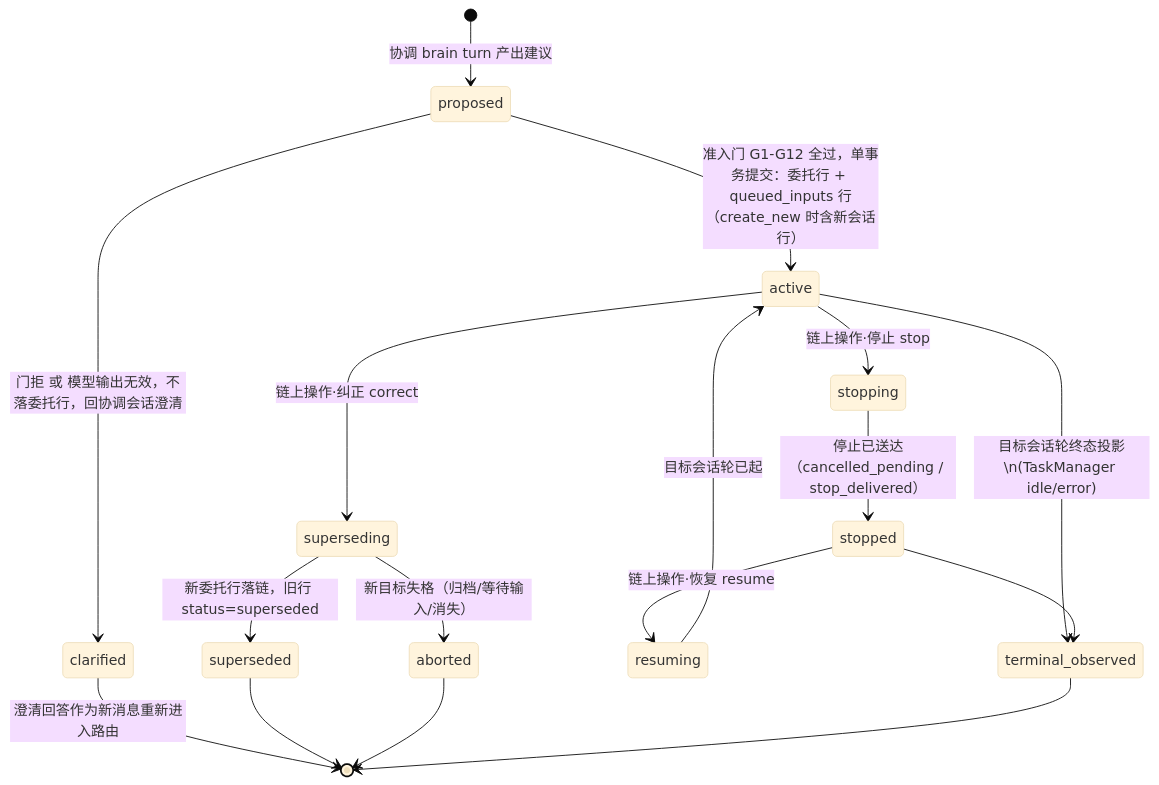
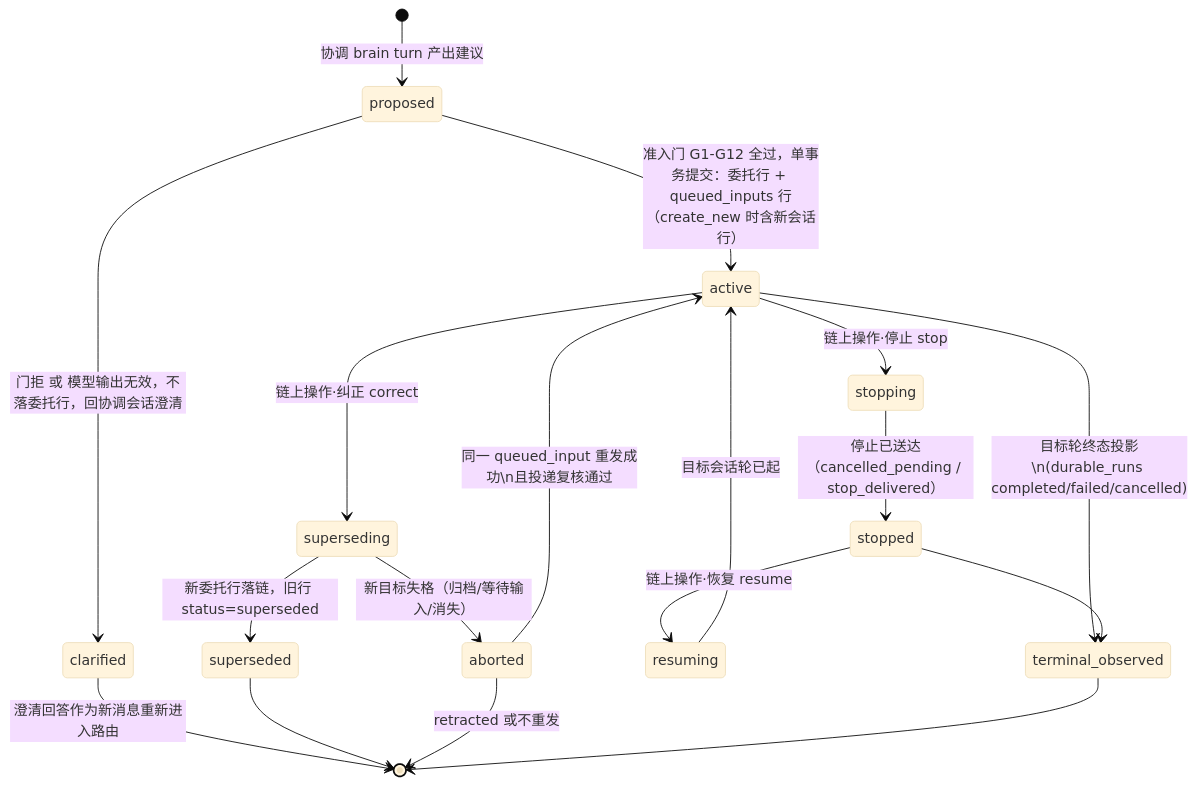
One commit to baochipham942-eng/code-agent changed the first of 3 diagrams in docs/architecture/decisions/ADR-072-cross-session-coordination.md. Above: the diagram before and after it, drawn with Mermaid (base theme). The commit also changed other lines of this file, not shown here.

Commit message:
docs(adr): ADR-072 R2 — real queued-input drain owner, delegation authority + recheck-at-delivery, durable_runs projection restored (N-WORKHUB-ADR)

````diff
--- a/docs/architecture/decisions/ADR-072-cross-session-coordination.md
+++ b/docs/architecture/decisions/ADR-072-cross-session-coordination.md
@@ -49,23 +49,25 @@
 ```mermaid
 stateDiagram-v2
     [*] --> proposed: 协调 brain turn 产出建议
     proposed --> active: 准入门 G1-G12 全过，单事务提交：委托行 + queued_inputs 行（create_new 时含新会话行）
     proposed --> clarified: 门拒 或 模型输出无效，不落委托行，回协调会话澄清
 
     active --> superseding: 链上操作·纠正 correct
     superseding --> superseded: 新委托行落链，旧行 status=superseded
     superseding --> aborted: 新目标失格（归档/等待输入/消失）
 
     active --> stopping: 链上操作·停止 stop
     stopping --> stopped: 停止已送达（cancelled_pending / stop_delivered）
     stopped --> resuming: 链上操作·恢复 resume
     resuming --> active: 目标会话轮已起
 
-    active --> terminal_observed: 目标会话轮终态投影\\n(TaskManager idle/error)
+    active --> terminal_observed: 目标轮终态投影\\n(durable_runs completed/failed/cancelled)
     stopped --> terminal_observed
+
+    aborted --> active: 同一 queued_input 重发成功\\n且投递复核通过
 
     clarified --> [*]: 澄清回答作为新消息重新进入路由
     superseded --> [*]
-    aborted --> [*]
+    aborted --> [*]: retracted 或不重发
     terminal_observed --> [*]
 ```
````
